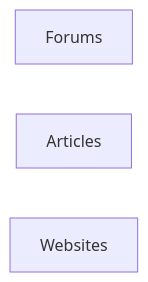
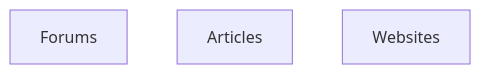
One commit to HealthECCO/community-resources changed the first of 2 diagrams in README.md. Above: the diagram before and after it, drawn with Mermaid.

````diff
--- a/README.md
+++ b/README.md
@@ -3,6 +3,6 @@
 ```mermaid
-  graph LR; 
+  graph TD; 
       Forums;
       Articles;
       Websites;
 ```
````
